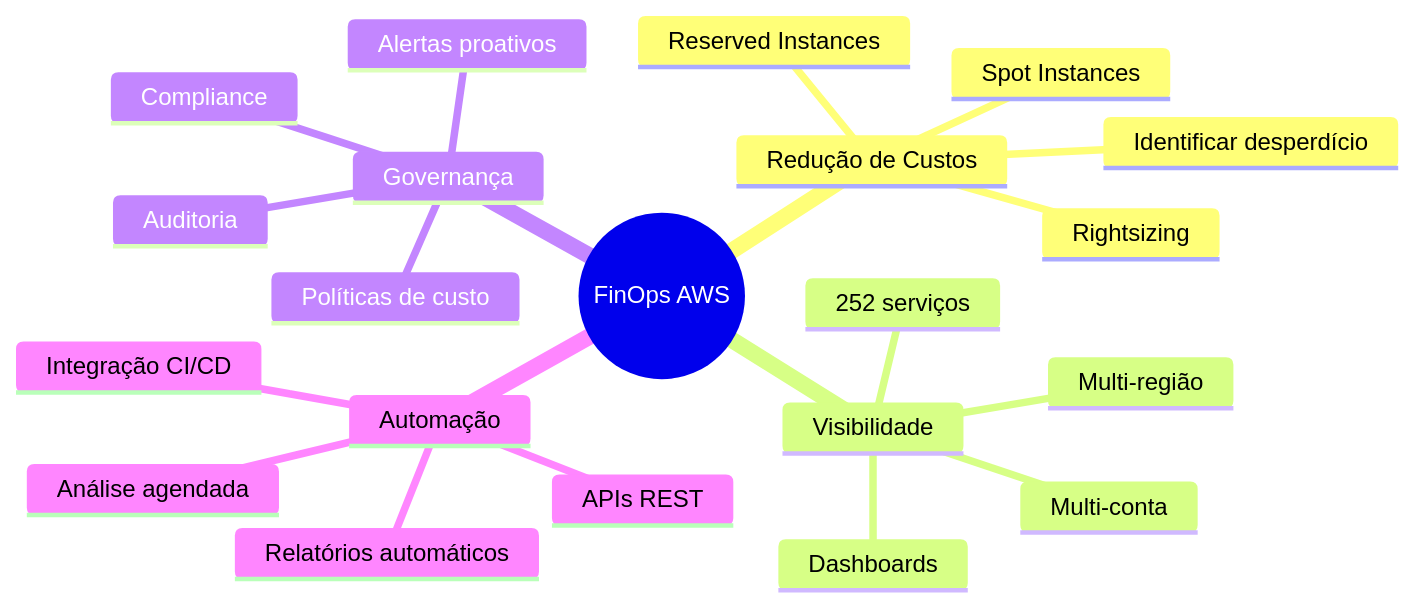
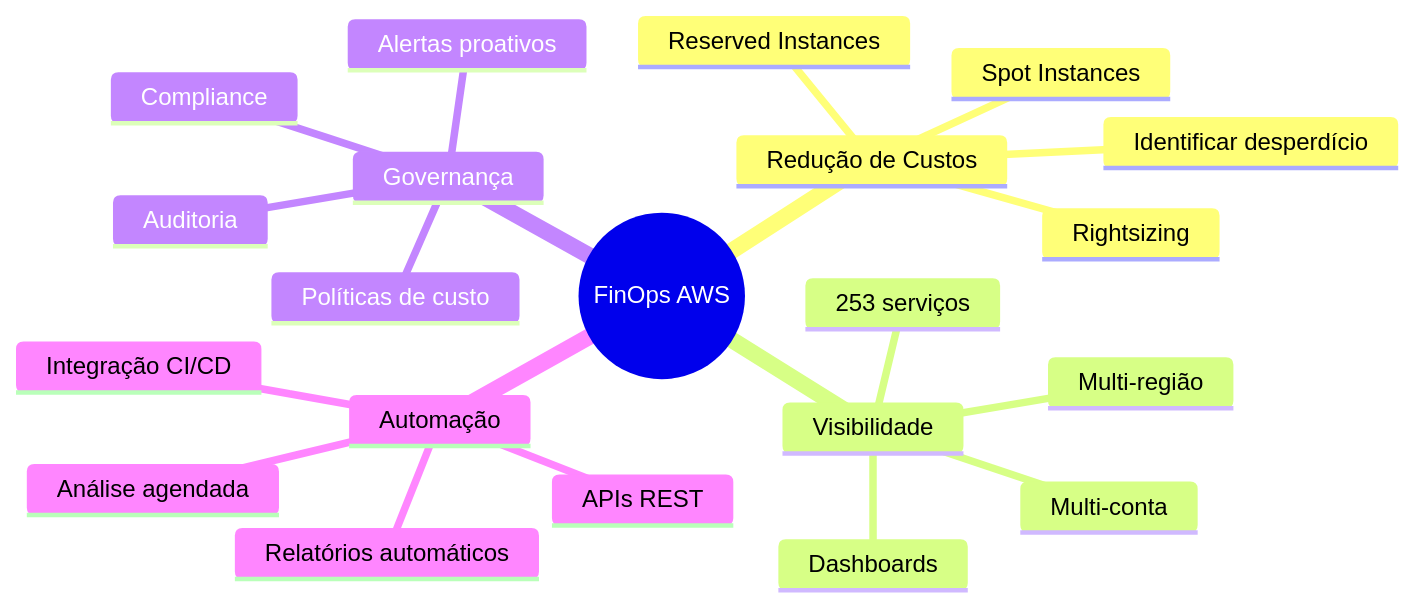
Before and after one commit to FELIPEACASTRO/finops-aws-bdr: the first of 17 diagrams in docs/FUNCTIONAL_GUIDE.md, drawn with Mermaid. The commit also changed other lines of this file and 10 other files, not shown here.

````diff
--- a/docs/FUNCTIONAL_GUIDE.md
+++ b/docs/FUNCTIONAL_GUIDE.md
@@ -31,24 +31,24 @@
 ```mermaid
 mindmap
   root((FinOps AWS))
     Redução de Custos
       Identificar desperdício
       Rightsizing
       Reserved Instances
       Spot Instances
     Visibilidade
-      252 serviços
+      253 serviços
       Multi-conta
       Multi-região
       Dashboards
     Governança
       Políticas de custo
       Alertas proativos
       Compliance
       Auditoria
     Automação
       Análise agendada
       Relatórios automáticos
       Integração CI/CD
       APIs REST
 ```
````
